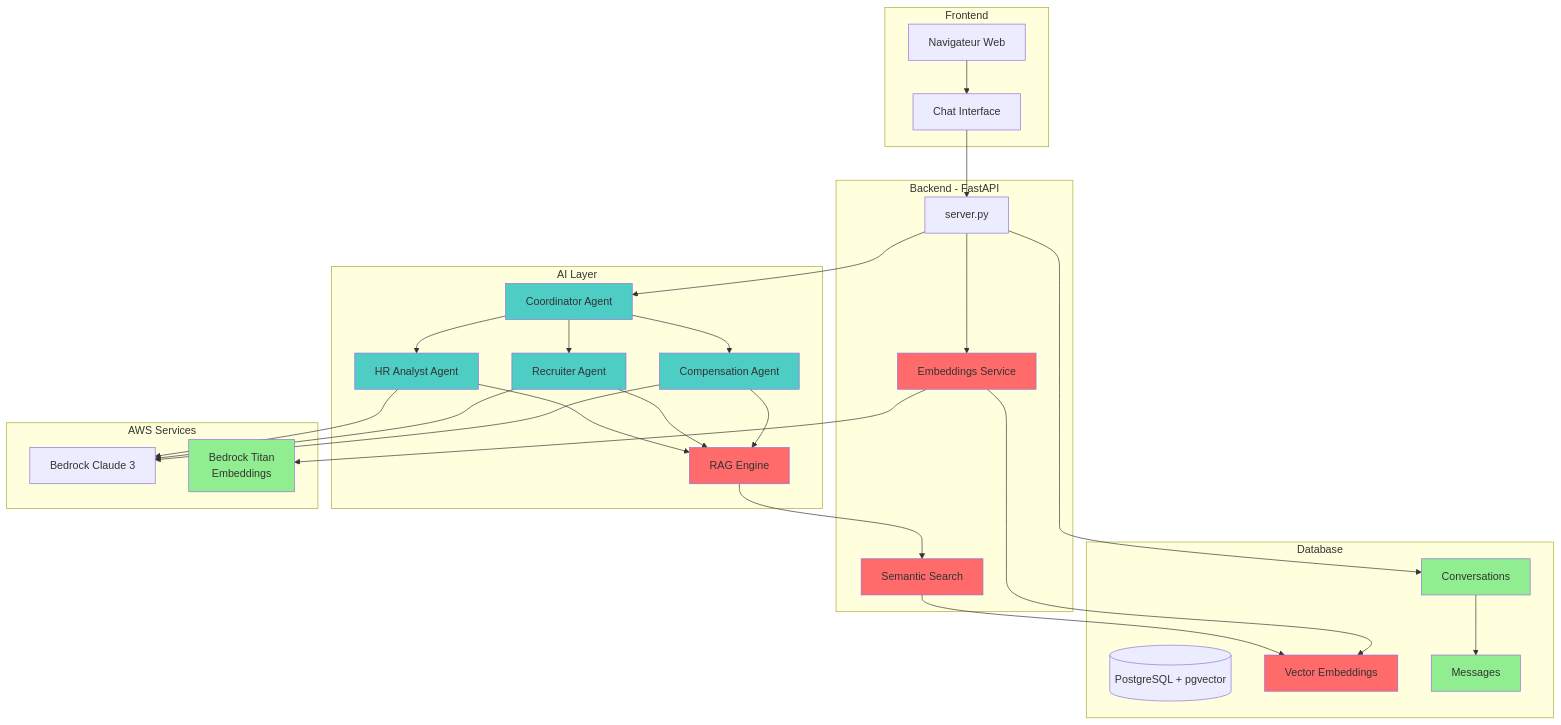
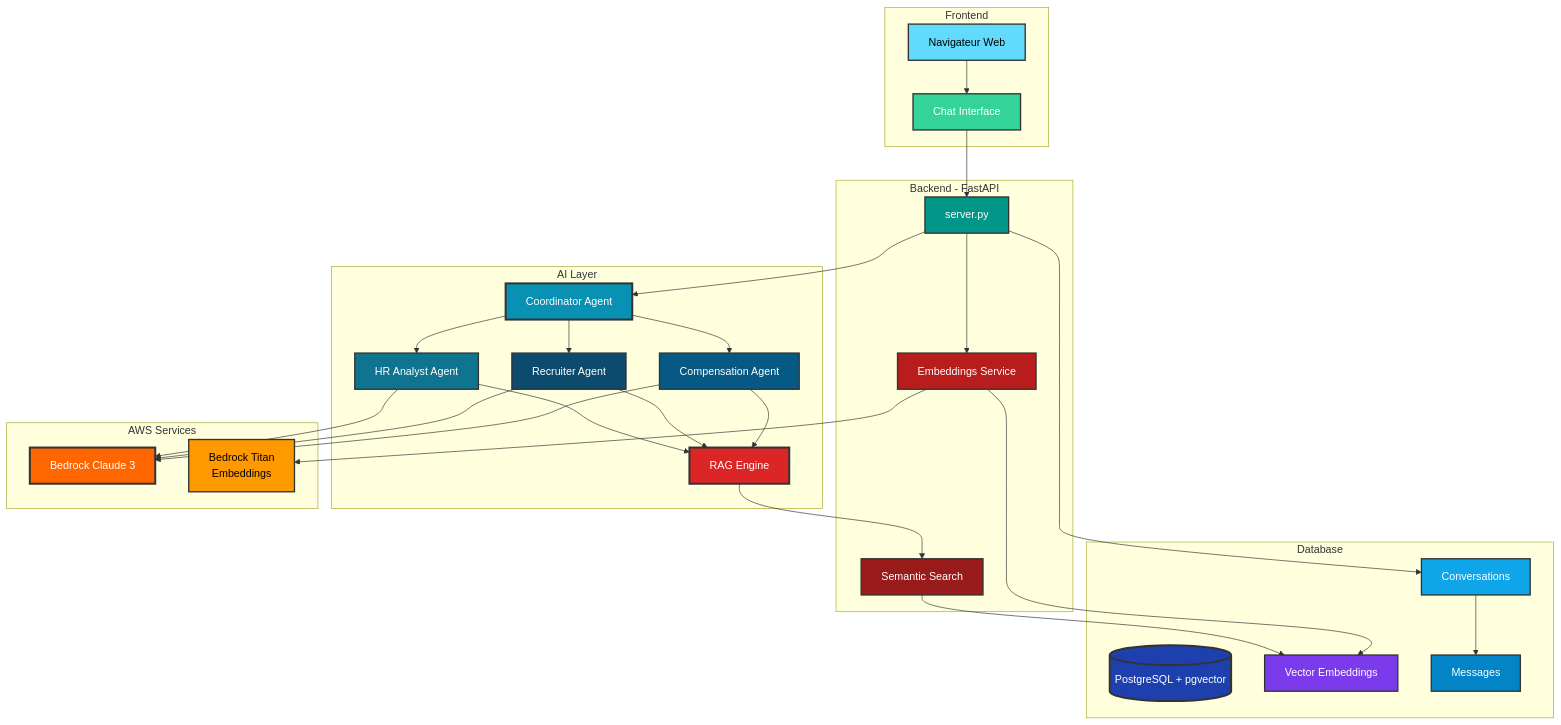
Before and after one commit to inskillflow/awsbedrock-demo-1-inmemory: the tenth of 15 diagrams in documentation/00-ARCHITECTURE.md, drawn with Mermaid. The commit also changed other lines of this file, not shown here.

First line of the commit message:
docs: amélioration de la visibilité des diagrammes d'architecture

````diff
--- a/documentation/00-ARCHITECTURE.md
+++ b/documentation/00-ARCHITECTURE.md
@@ -396,71 +450,76 @@
 ```mermaid
 graph TB
     subgraph "Frontend"
         Browser[Navigateur Web]
         Chat[Chat Interface]
     end
     
     subgraph "AI Layer"
         Coordinator[Coordinator Agent]
         HRAgent[HR Analyst Agent]
         RecruiterAgent[Recruiter Agent]
         CompAgent[Compensation Agent]
         RAG[RAG Engine]
     end
     
     subgraph "Backend - FastAPI"
         API[server.py]
         Embeddings[Embeddings Service]
         Search[Semantic Search]
     end
     
     subgraph "Database"
         DB[(PostgreSQL + pgvector)]
         Vectors[Vector Embeddings]
         Conversations[Conversations]
         Messages[Messages]
     end
     
     subgraph "AWS Services"
         Bedrock[Bedrock Claude 3]
         BedrockEmbed[Bedrock Titan<br/>Embeddings]
     end
     
     Browser --> Chat
     Chat --> API
     
     API --> Coordinator
     Coordinator --> HRAgent
     Coordinator --> RecruiterAgent
     Coordinator --> CompAgent
     
     HRAgent --> RAG
     RecruiterAgent --> RAG
     CompAgent --> RAG
     
     RAG --> Search
     Search --> Vectors
     
     API --> Embeddings
     Embeddings --> BedrockEmbed
     Embeddings --> Vectors
     
     HRAgent --> Bedrock
     RecruiterAgent --> Bedrock
     CompAgent --> Bedrock
     
     API --> Conversations
     Conversations --> Messages
     
-    style Vectors fill:#FF6B6B
-    style RAG fill:#FF6B6B
-    style Coordinator fill:#4ECDC4
-    style HRAgent fill:#4ECDC4
-    style RecruiterAgent fill:#4ECDC4
-    style CompAgent fill:#4ECDC4
-    style Embeddings fill:#FF6B6B
-    style Search fill:#FF6B6B
-    
-    classDef new fill:#90EE90
-    class Vectors,RAG,Coordinator,HRAgent,RecruiterAgent,CompAgent,Embeddings,Search,Conversations,Messages,BedrockEmbed new
+    style Browser fill:#61DAFB,stroke:#333,stroke-width:2px,color:#000
+    style Chat fill:#34D399,stroke:#333,stroke-width:2px,color:#fff
+    style API fill:#009688,stroke:#333,stroke-width:2px,color:#fff
+    style Coordinator fill:#0891B2,stroke:#333,stroke-width:3px,color:#fff
+    style HRAgent fill:#0E7490,stroke:#333,stroke-width:2px,color:#fff
+    style RecruiterAgent fill:#0C4A6E,stroke:#333,stroke-width:2px,color:#fff
+    style CompAgent fill:#075985,stroke:#333,stroke-width:2px,color:#fff
+    style RAG fill:#DC2626,stroke:#333,stroke-width:3px,color:#fff
+    style Embeddings fill:#B91C1C,stroke:#333,stroke-width:2px,color:#fff
+    style Search fill:#991B1B,stroke:#333,stroke-width:2px,color:#fff
+    style DB fill:#1E40AF,stroke:#333,stroke-width:3px,color:#fff
+    style Vectors fill:#7C3AED,stroke:#333,stroke-width:2px,color:#fff
+    style Conversations fill:#0EA5E9,stroke:#333,stroke-width:2px,color:#fff
+    style Messages fill:#0284C7,stroke:#333,stroke-width:2px,color:#fff
+    style Bedrock fill:#FF6600,stroke:#333,stroke-width:3px,color:#fff
+    style BedrockEmbed fill:#FF9900,stroke:#333,stroke-width:2px,color:#000
 ```
````
